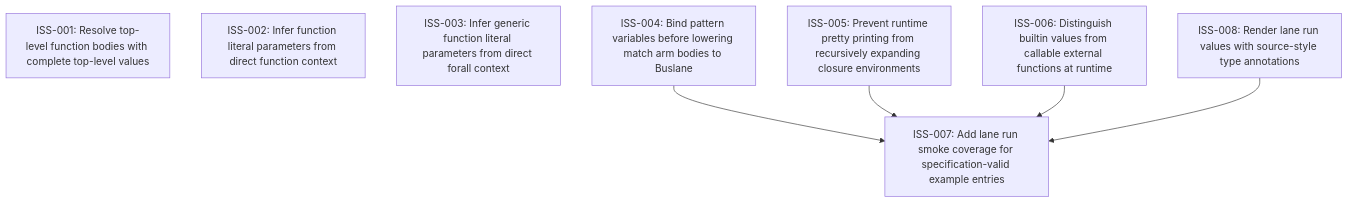
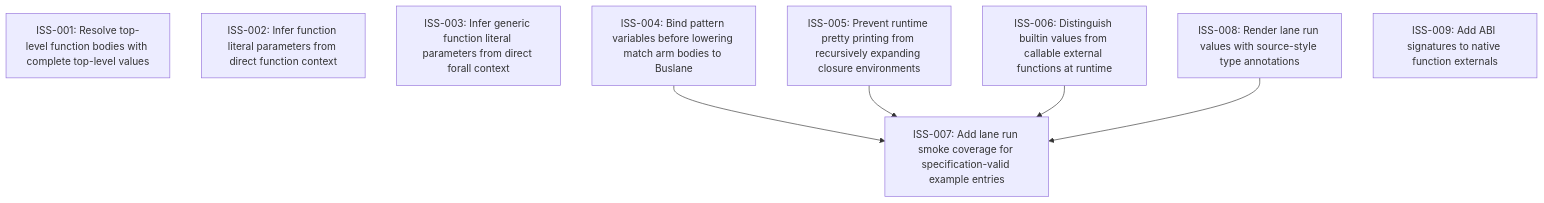
The diagram in issues/README.md (Milky2018/lane2), drawn with Mermaid before and after one commit. The commit also changed other lines of this file and 9 other files, not shown here.

````diff
--- a/issues/README.md
+++ b/issues/README.md
@@ -15,15 +19,16 @@
 ```mermaid
 graph TD
   ISS_001["ISS-001: Resolve top-level function bodies with complete top-level values"]
   ISS_002["ISS-002: Infer function literal parameters from direct function context"]
   ISS_003["ISS-003: Infer generic function literal parameters from direct forall context"]
   ISS_004["ISS-004: Bind pattern variables before lowering match arm bodies to Buslane"]
   ISS_005["ISS-005: Prevent runtime pretty printing from recursively expanding closure environments"]
   ISS_006["ISS-006: Distinguish builtin values from callable external functions at runtime"]
   ISS_007["ISS-007: Add lane run smoke coverage for specification-valid example entries"]
   ISS_008["ISS-008: Render lane run values with source-style type annotations"]
+  ISS_009["ISS-009: Add ABI signatures to native function externals"]
   ISS_004 --> ISS_007
   ISS_005 --> ISS_007
   ISS_006 --> ISS_007
   ISS_008 --> ISS_007
 ```
````
